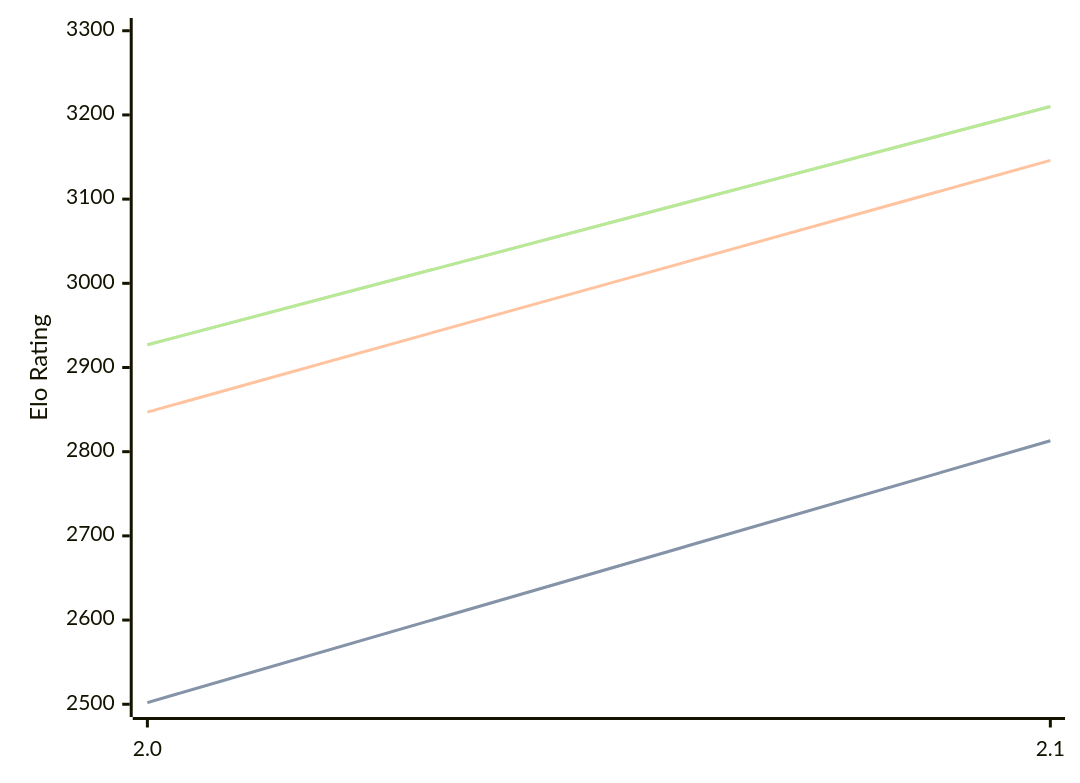
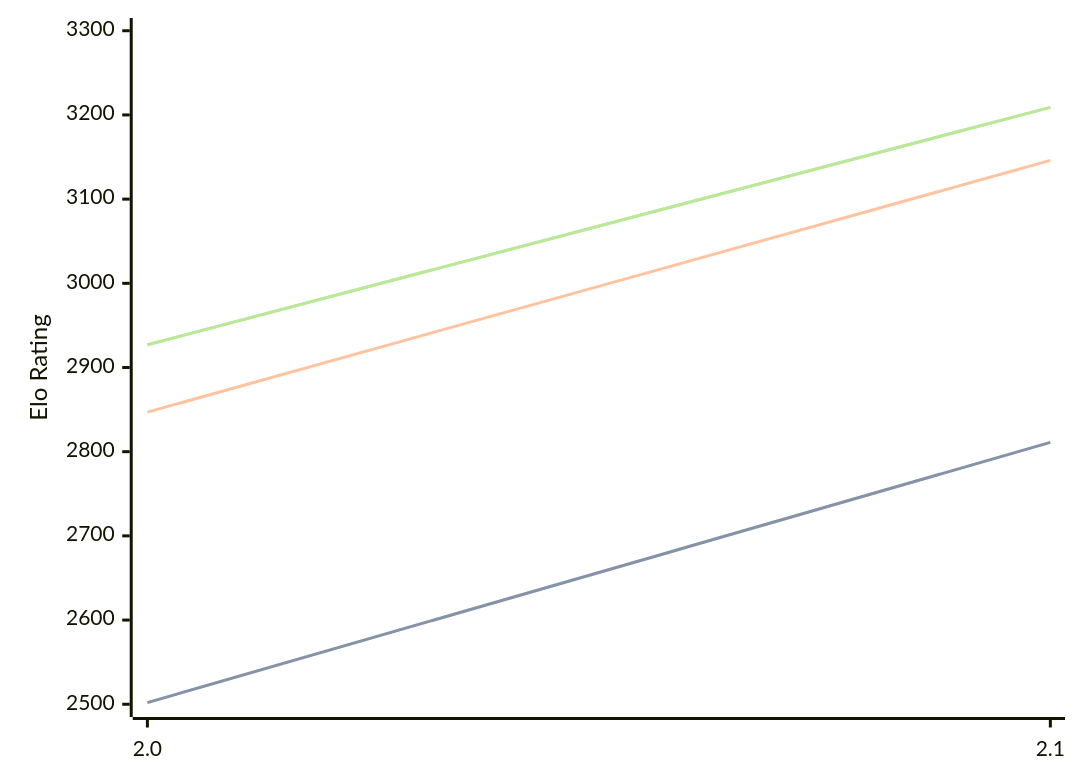
The diagram in engines/Tunguska.md (computer-chess-index/cci), drawn with Mermaid before and after one commit. The commit also changed other lines of this file, not shown here.

Commit message:
Update CCI Ratings (ELO VLTC) - 2026-08-28

````diff
--- a/engines/Tunguska.md
+++ b/engines/Tunguska.md
@@ -32,11 +32,11 @@
 ```mermaid
 %%{init: {"theme":"base","themeVariables":{"seriesColors:['#a3a3a3','#222221','#faa371']}}}%%
 xychart-beta
   x-axis ["2.0", "2.1"]
   y-axis "Elo Rating" 2500 --> 3300
-  line "" [2502, 2813]
-  line "STC (8.0+0.08s)" [2502, 2813]
+  line "" [2502, 2811]
+  line "STC (8.0+0.08s)" [2502, 2811]
   line "LTC (60.0+0.60s)" [2847, 3146]
-  line "" [2927, 3210]
-  line "VLTC (2m24s+1.12s)" [2927, 3210]
+  line "" [2927, 3209]
+  line "VLTC (2m24s+1.12s)" [2927, 3209]
 ```
````
